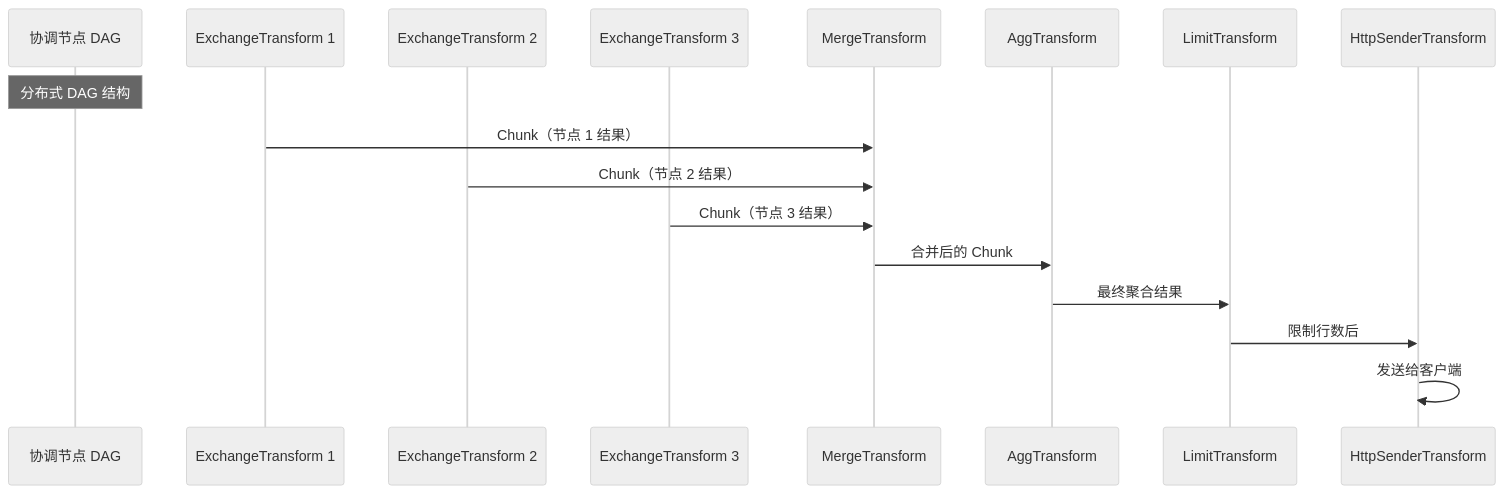
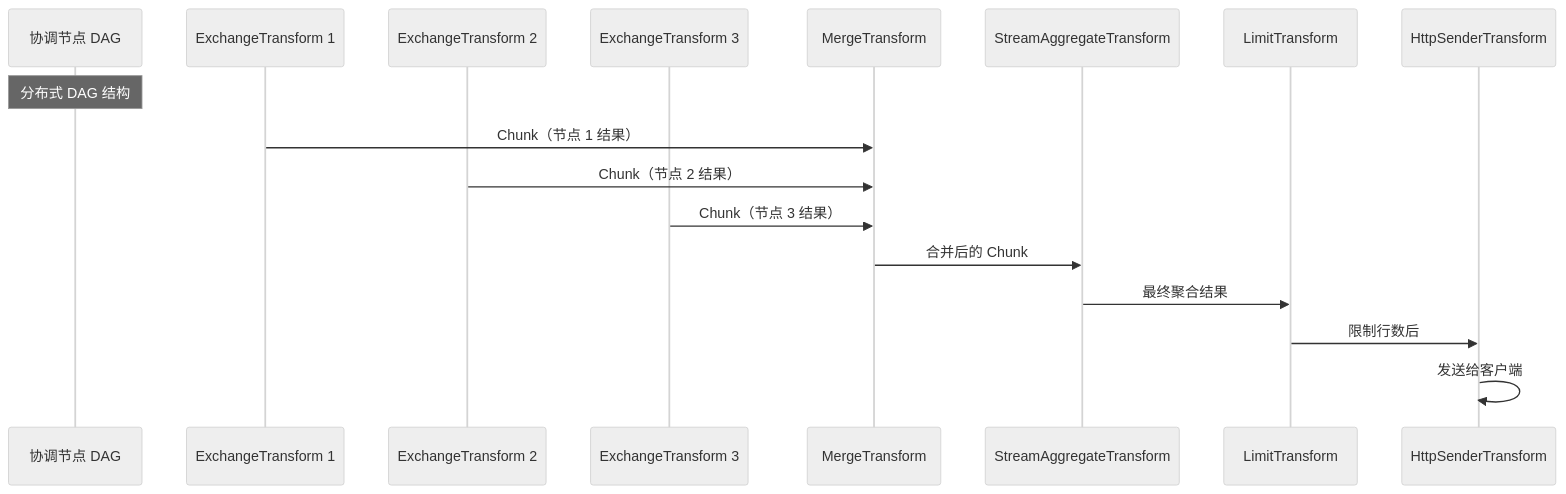
Before and after one commit to stefanv5/openGemini: diagram 24 of 33 in docs/specs/03_query_engine_spec.md, drawn with Mermaid (neutral theme). The commit also changed other lines of this file and 37 other files, not shown here.

````diff
--- a/docs/specs/03_query_engine_spec.md
+++ b/docs/specs/03_query_engine_spec.md
@@ -2096,22 +2210,22 @@
 ```mermaid
 sequenceDiagram
     participant DAG as 协调节点 DAG
     participant E1 as ExchangeTransform 1
     participant E2 as ExchangeTransform 2
     participant E3 as ExchangeTransform 3
     participant Merge as MergeTransform
-    participant Agg as AggTransform
+    participant Agg as StreamAggregateTransform
     participant Limit as LimitTransform
     participant Out as HttpSenderTransform
 
     Note over DAG: 分布式 DAG 结构
 
     E1->>Merge: Chunk（节点 1 结果）
     E2->>Merge: Chunk（节点 2 结果）
     E3->>Merge: Chunk（节点 3 结果）
 
     Merge->>Agg: 合并后的 Chunk
     Agg->>Limit: 最终聚合结果
     Limit->>Out: 限制行数后
     Out->>Out: 发送给客户端
 ```
````
